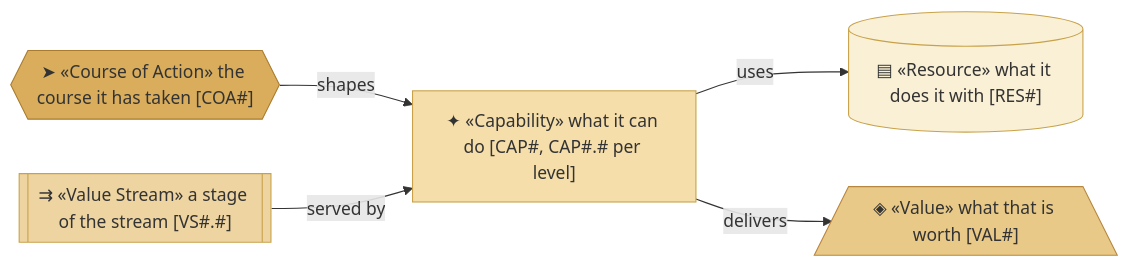
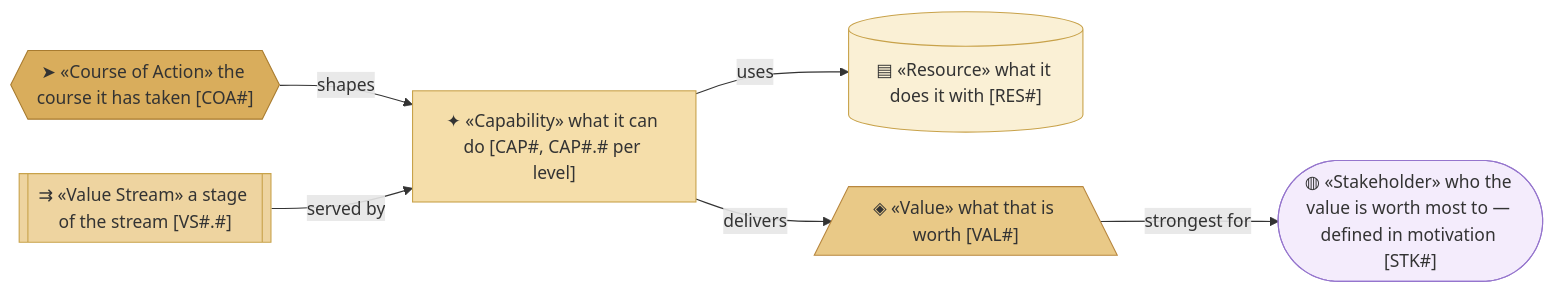
The first of 5 diagrams in org-archreator/architecture/1_strategy/2_capabilities-and-value-stream.md (roanboc/architecture-archreator), drawn with Mermaid before and after one commit. The commit also changed other lines of this file and 17 other files, not shown here.

````diff
--- a/org-archreator/architecture/1_strategy/2_capabilities-and-value-stream.md
+++ b/org-archreator/architecture/1_strategy/2_capabilities-and-value-stream.md
@@ -13,19 +13,22 @@
 ```mermaid
 flowchart LR
   cap["✦ «Capability» what it can do [CAP#, CAP#.# per level]"]:::capability
   res[("▤ «Resource» what it does it with [RES#]")]:::resource
   val[/"◈ «Value» what that is worth [VAL#]"\]:::value
   coa{{"➤ «Course of Action» the course it has taken [COA#]"}}:::coa
   vs[["⇉ «Value Stream» a stage of the stream [VS#.#]"]]:::vsx
+  stk(["◍ «Stakeholder» who the value is worth most to — defined in motivation [STK#]"]):::stakeholder
 
   cap -->|uses| res
   cap -->|delivers| val
   coa -->|shapes| cap
   vs -->|served by| cap
+  val -->|strongest for| stk
 
   classDef capability fill:#f5deaa,stroke:#c8a24a,color:#333
+  classDef stakeholder fill:#f4ecfc,stroke:#9575cd,color:#333
   classDef resource fill:#faf0d5,stroke:#c8a24a,color:#333
   classDef value fill:#e9c987,stroke:#b8873f,color:#333
   classDef coa fill:#d9ad5c,stroke:#a87b2f,color:#333
   classDef vsx fill:#eed4a0,stroke:#c8a24a,color:#333
 ```
````
